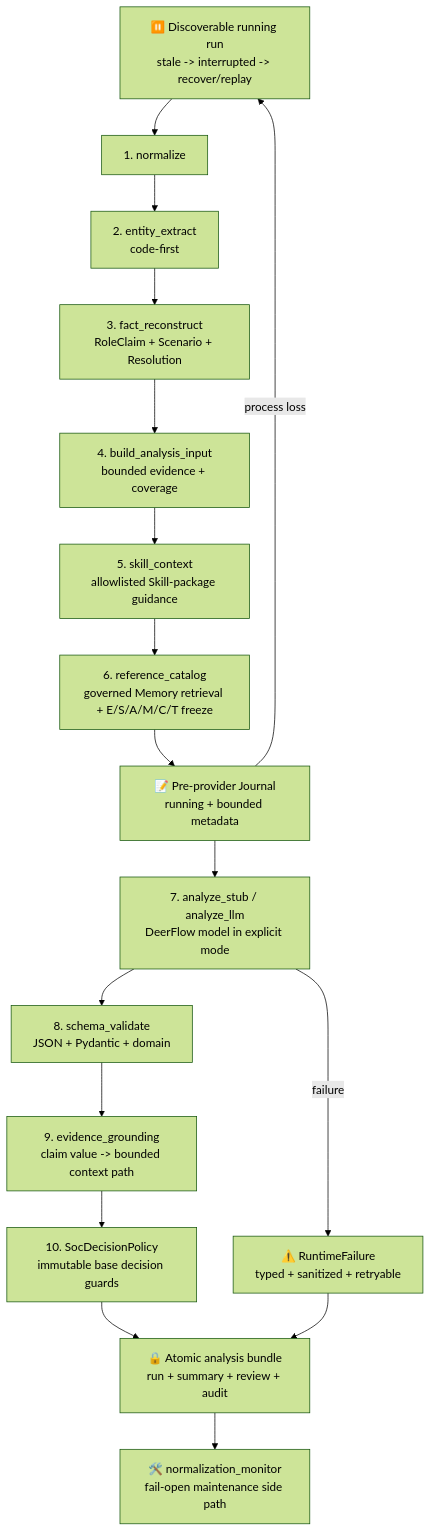
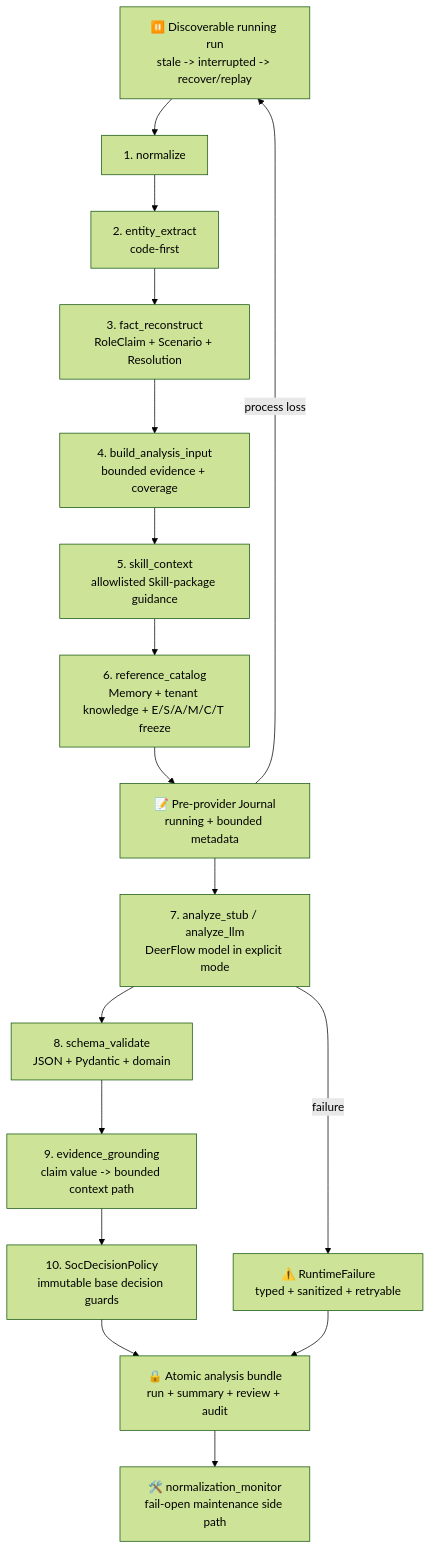
One commit to yydspanda/deer-flow changed the fourth of 16 diagrams in .notes/ai_soc/soc-agent-solution.md. Above: the diagram before and after it, drawn with Mermaid (forest theme). The commit also changed other lines of this file and 55 other files, not shown here.

Commit message:
feat(soc): govern role adjudication and memory retrieval

````diff
--- a/.notes/ai_soc/soc-agent-solution.md
+++ b/.notes/ai_soc/soc-agent-solution.md
@@ -326,19 +332,19 @@
 ```mermaid
 flowchart TD
     I["🧾 Raw Alert Payload"] --> N["1. normalize"]
     N --> X["2. entity_extract<br/>code-first"]
     X --> F["3. fact_reconstruct<br/>RoleClaim + Scenario + Resolution"]
     F --> B["4. build_analysis_input<br/>bounded evidence + coverage"]
     B --> S["5. skill_context<br/>allowlisted Skill-package guidance"]
-    S --> C["6. reference_catalog<br/>governed Memory retrieval + E/S/A/M/C/T freeze"]
+    S --> C["6. reference_catalog<br/>Memory + tenant knowledge + E/S/A/M/C/T freeze"]
     C --> J["📝 Pre-provider Journal<br/>running + bounded metadata"]
     J --> L["7. analyze_stub / analyze_llm<br/>DeerFlow model in explicit mode"]
     L --> V["8. schema_validate<br/>JSON + Pydantic + domain"]
     V --> G["9. evidence_grounding<br/>claim value -> bounded context path"]
     G --> R["10. SocDecisionPolicy<br/>immutable base decision guards"]
     R --> P["🔒 Atomic analysis bundle<br/>run + summary + review + audit"]
     L -->|failure| E["⚠️ RuntimeFailure<br/>typed + sanitized + retryable"]
     E --> P
     J -->|process loss| I["⏸️ Discoverable running run<br/>stale -> interrupted -> recover/replay"]
     P --> M["🛠️ normalization_monitor<br/>fail-open maintenance side path"]
 ```
````
